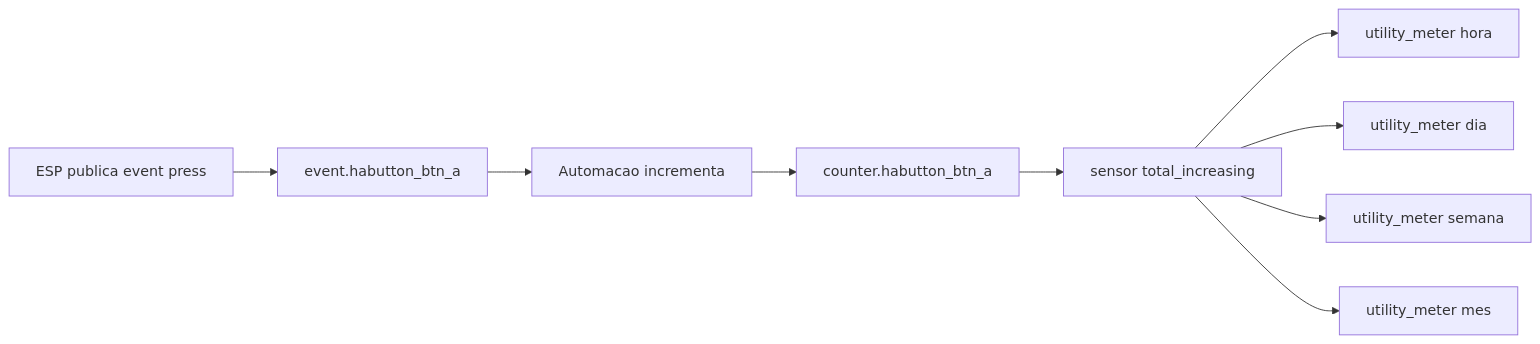
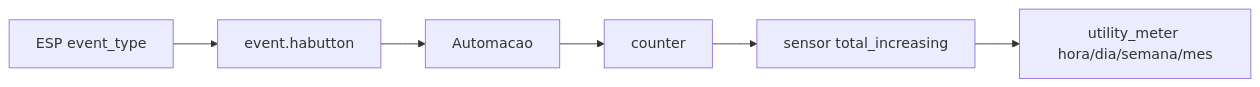
Before and after one commit to nitroxgas/HAButton: the diagram in DOC/homeassistant-contadores.md, drawn with Mermaid. The commit also changed other lines of this file and 24 other files, not shown here.

````diff
--- a/DOC/homeassistant-contadores.md
+++ b/DOC/homeassistant-contadores.md
@@ -16,11 +7,8 @@
 ```mermaid
 flowchart LR
-  esp[ESP publica event press] --> evt[event.habutton_btn_a]
-  evt --> auto[Automacao incrementa]
-  auto --> ctr[counter.habutton_btn_a]
+  esp[ESP event_type] --> evt[event.habutton]
+  evt --> auto[Automacao]
+  auto --> ctr[counter]
   ctr --> tpl[sensor total_increasing]
-  tpl --> umH[utility_meter hora]
-  tpl --> umD[utility_meter dia]
-  tpl --> umW[utility_meter semana]
-  tpl --> umM[utility_meter mes]
+  tpl --> um[utility_meter hora/dia/semana/mes]
 ```
````
